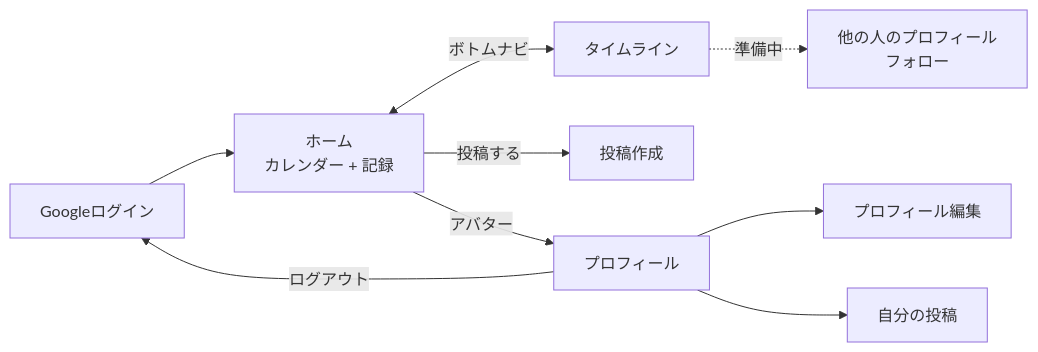
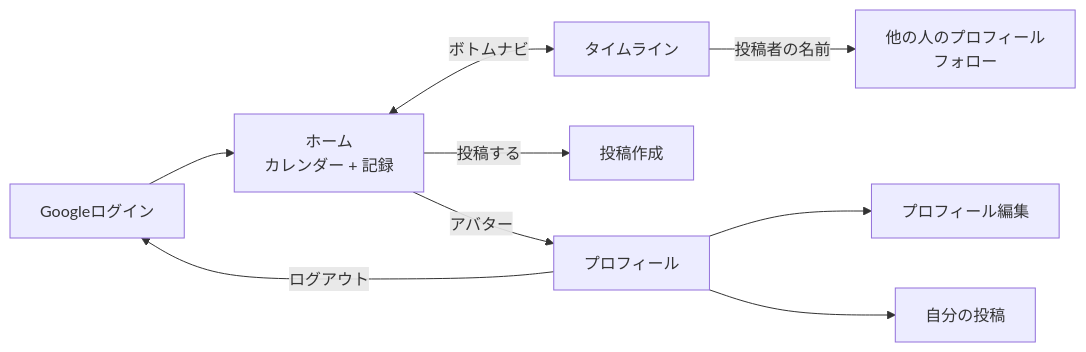
The diagram in docs/DESIGN.md (mbz9mm062917/okibi), drawn with Mermaid before and after one commit. The commit also changed other lines of this file and 17 other files, not shown here.

First line of the commit message:
Add follow feature: other users' profiles and following timeline

````diff
--- a/docs/DESIGN.md
+++ b/docs/DESIGN.md
@@ -16,11 +16,11 @@
 ```mermaid
 flowchart LR
     Login[Googleログイン] --> Home[ホーム<br/>カレンダー + 記録]
     Home <-->|ボトムナビ| Timeline[タイムライン]
     Home -->|投稿する| Compose[投稿作成]
     Home -->|アバター| Profile[プロフィール]
     Profile --> Edit[プロフィール編集]
     Profile --> MyPosts[自分の投稿]
     Profile -->|ログアウト| Login
-    Timeline -.->|準備中| Other[他の人のプロフィール<br/>フォロー]
+    Timeline -->|投稿者の名前| Other[他の人のプロフィール<br/>フォロー]
 ```
````
